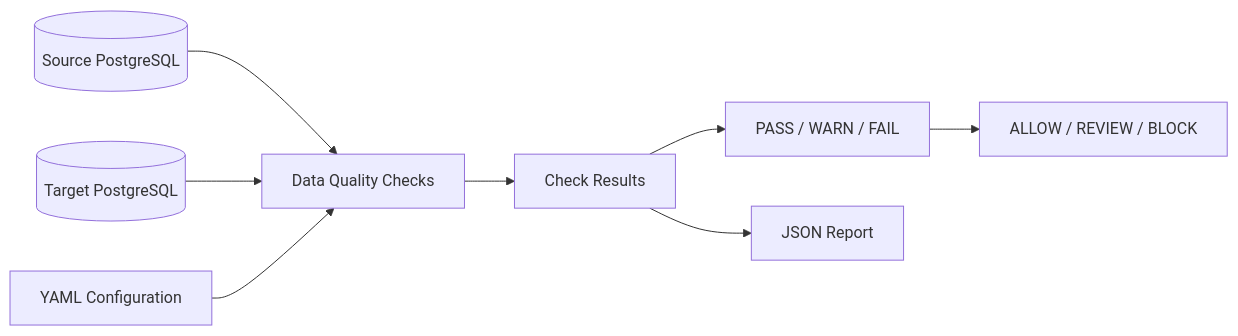
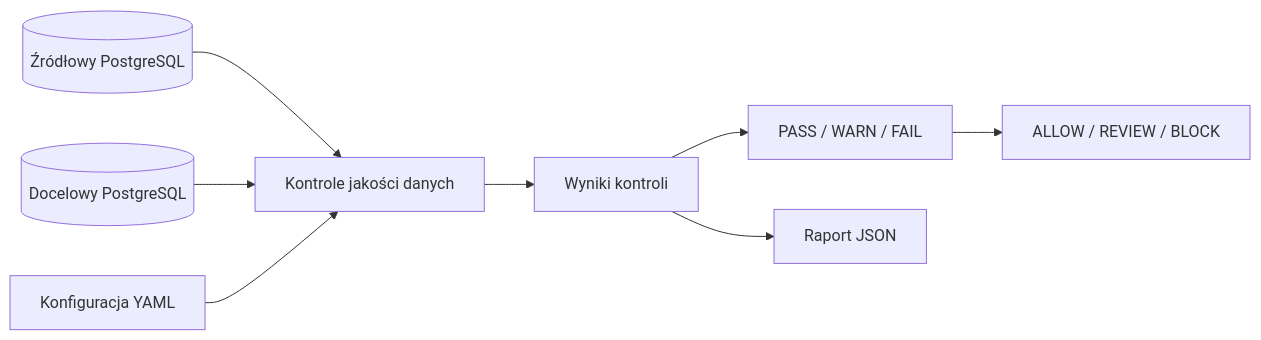
One commit to lukaszj321/data-migration-quality-gate changed the diagram in README.md. Above: the diagram before and after it, drawn with Mermaid. The commit also changed other lines of this file, not shown here.

````diff
--- a/README.md
+++ b/README.md
@@ -7,10 +79,10 @@
 ```mermaid
 flowchart LR
-    A[(Source PostgreSQL)] --> C[Data Quality Checks]
-    B[(Target PostgreSQL)] --> C
-    D[YAML Configuration] --> C
-    C --> E[Check Results]
+    A[(Źródłowy PostgreSQL)] --> C[Kontrole jakości danych]
+    B[(Docelowy PostgreSQL)] --> C
+    D[Konfiguracja YAML] --> C
+    C --> E[Wyniki kontroli]
     E --> F[PASS / WARN / FAIL]
-    E --> G[JSON Report]
+    E --> G[Raport JSON]
     F --> H[ALLOW / REVIEW / BLOCK]
 ```
````
